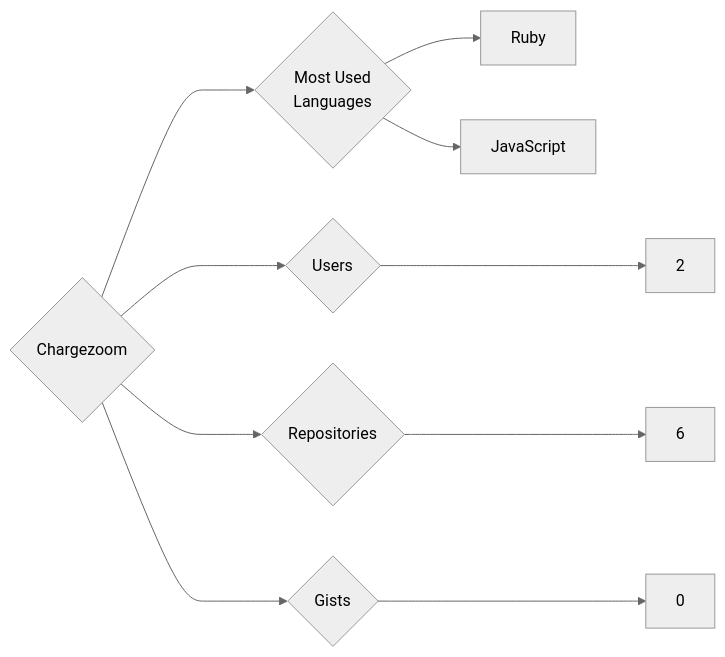
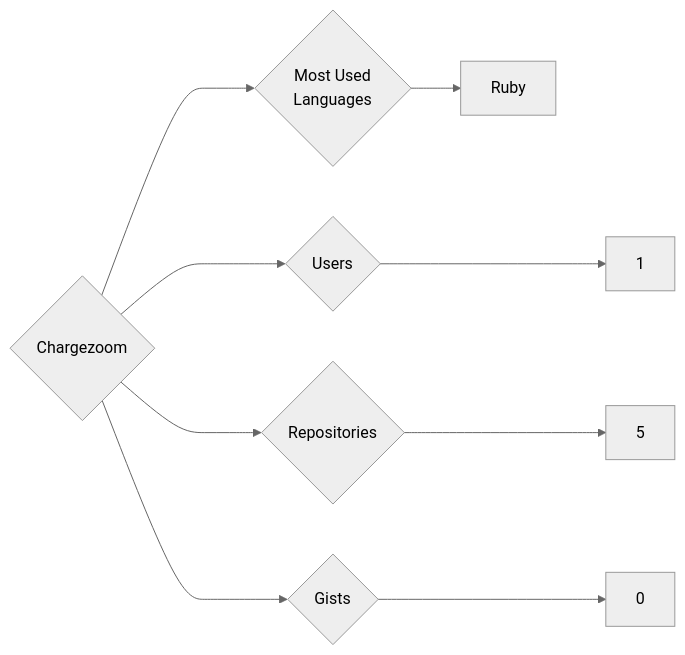
Before and after one commit to trickest/insiders: the diagram in targets/Chargezoom/README.md, drawn with Mermaid (neutral theme). The commit also changed 873 other files, not shown here.

````diff
--- a/targets/Chargezoom/README.md
+++ b/targets/Chargezoom/README.md
@@ -3,10 +3,9 @@
 ```mermaid
 graph LR
 COMPANY_NAME{Chargezoom}
-COMPANY_NAME ---> U{Users} ---> UN[2]
-COMPANY_NAME ---> R{Repositories} ---> RN[6]
+COMPANY_NAME ---> U{Users} ---> UN[1]
+COMPANY_NAME ---> R{Repositories} ---> RN[5]
 COMPANY_NAME ---> G{Gists} ---> GN[0]
 COMPANY_NAME ---> ML{Most Used<br>Languages}
 ML --> Ruby[Ruby]
-ML --> JavaScript[JavaScript]
 ```
````
